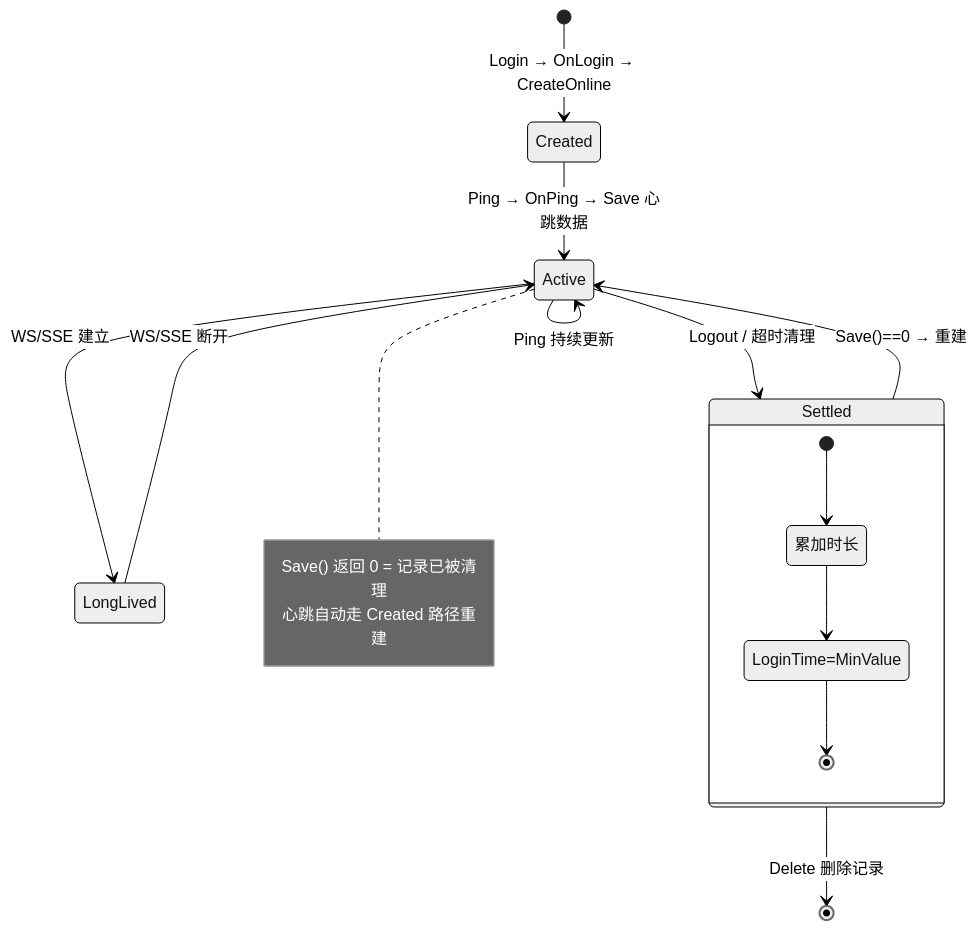
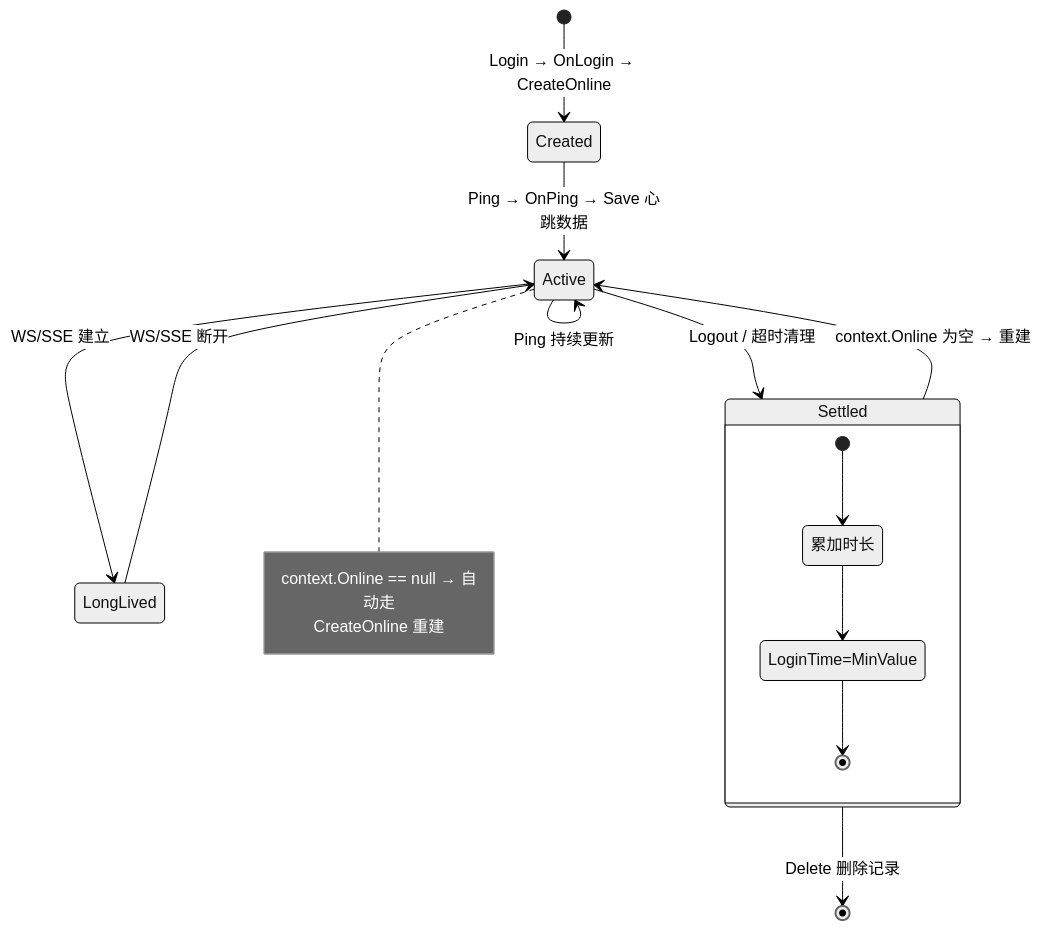
One commit to NewLifeX/NewLife.Remoting changed the ninth of 10 diagrams in Doc/SRV-服务端架构.md. Above: the diagram before and after it, drawn with Mermaid (neutral theme). The commit also changed other lines of this file, not shown here.

First line of the commit message:
优化注销与心跳流程时序及状态图逻辑

````diff
--- a/Doc/SRV-服务端架构.md
+++ b/Doc/SRV-服务端架构.md
@@ -336,22 +332,22 @@
 ```mermaid
 stateDiagram-v2
     [*] --> Created: Login → OnLogin → CreateOnline
     Created --> Active: Ping → OnPing → Save 心跳数据
     Active --> Active: Ping 持续更新
     Active --> LongLived: WS/SSE 建立
     LongLived --> Active: WS/SSE 断开
     Active --> Settled: Logout / 超时清理
     Settled --> [*]: Delete 删除记录
-    Settled --> Active: Save()==0 → 重建
+    Settled --> Active: context.Online 为空 → 重建
 
     state Settled {
         [*] --> 累加时长
         累加时长 --> LoginTime=MinValue
         LoginTime=MinValue --> [*]
     }
 
     note right of Active
-        Save() 返回 0 = 记录已被清理
-        心跳自动走 Created 路径重建
+        context.Online == null → 自动走
+        CreateOnline 重建
     end note
 ```
````
